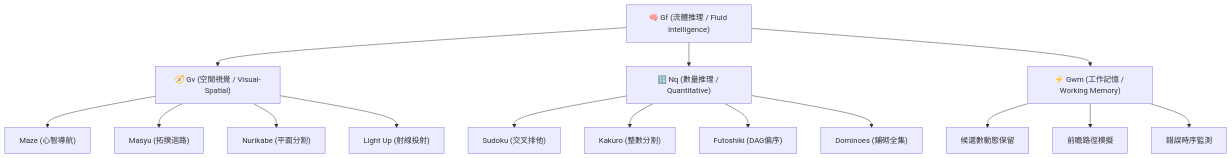
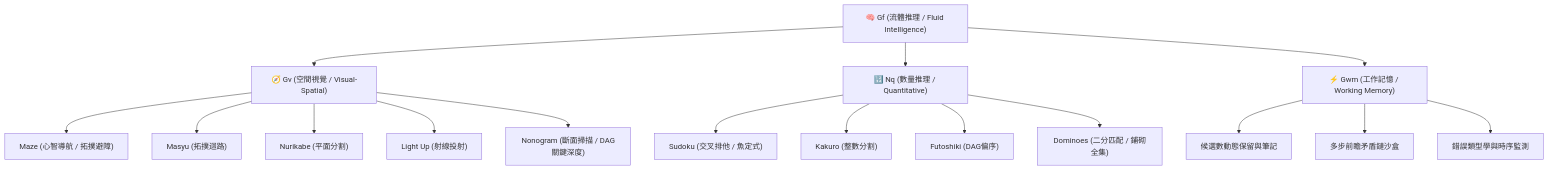
One commit to jackylawck/Lawgic changed the diagram in README.md. Above: the diagram before and after it, drawn with Mermaid. The commit also changed other lines of this file, not shown here.

````diff
--- a/README.md
+++ b/README.md
@@ -93,23 +95,24 @@
 ```mermaid
 flowchart TD
     Gf["🧠 Gf (流體推理 / Fluid Intelligence)"]
 
     Gf --> Gv["🧭 Gv (空間視覺 / Visual-Spatial)"]
     Gf --> Nq["🔢 Nq (數量推理 / Quantitative)"]
     Gf --> Gwm["⚡ Gwm (工作記憶 / Working Memory)"]
 
-    Gv --> M1["Maze (心智導航)"]
+    Gv --> M1["Maze (心智導航 / 拓撲避障)"]
     Gv --> M2["Masyu (拓撲迴路)"]
     Gv --> M3["Nurikabe (平面分割)"]
     Gv --> M4["Light Up (射線投射)"]
+    Gv --> M5["Nonogram (斷面掃描 / DAG關鍵深度)"]
 
-    Nq --> N1["Sudoku (交叉排他)"]
+    Nq --> N1["Sudoku (交叉排他 / 魚定式)"]
     Nq --> N2["Kakuro (整數分割)"]
     Nq --> N3["Futoshiki (DAG偏序)"]
-    Nq --> N4["Dominoes (鋪砌全集)"]
+    Nq --> N4["Dominoes (二分匹配 / 鋪砌全集)"]
 
-    Gwm --> W1["候選數動態保留"]
-    Gwm --> W2["前瞻路徑模擬"]
-    Gwm --> W3["錯誤時序監測"]
+    Gwm --> W1["候選數動態保留與筆記"]
+    Gwm --> W2["多步前瞻矛盾鏈沙盒"]
+    Gwm --> W3["錯誤類型學與時序監測"]
 
 ```
````
